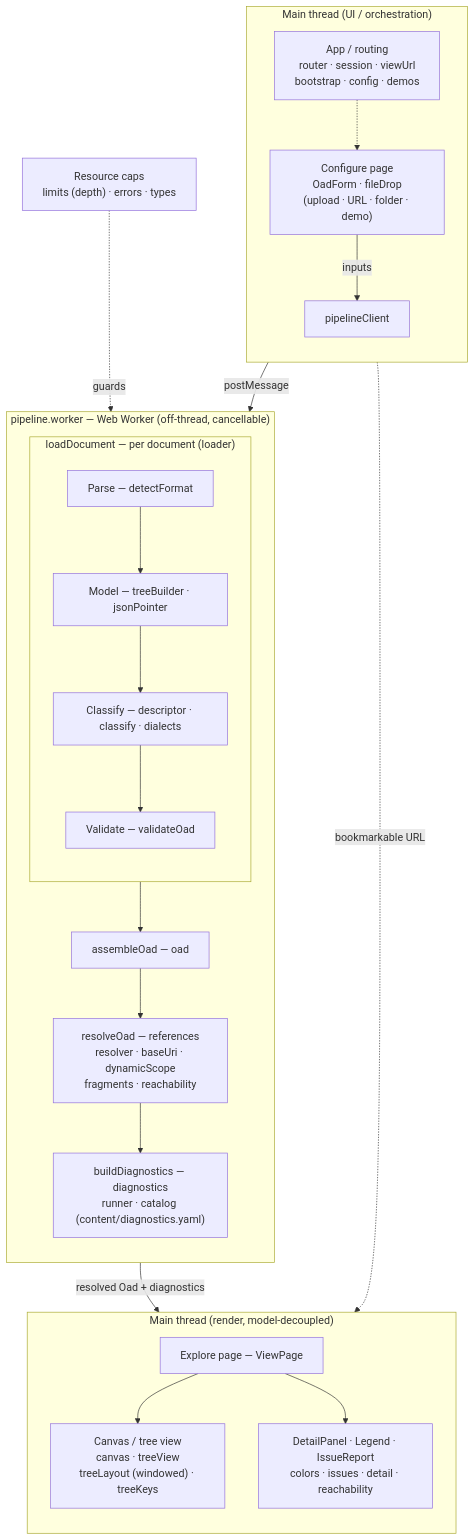
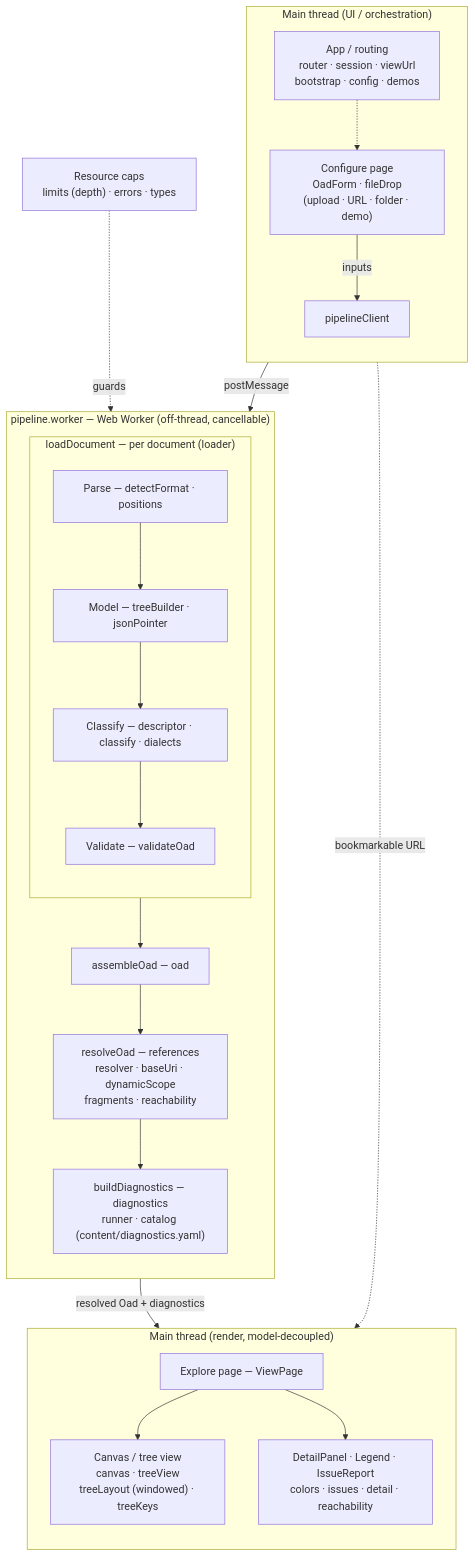
One commit to handrews/oas-tree-viewer changed the diagram in CONTRIBUTING.md. Above: the diagram before and after it, drawn with Mermaid.

Commit message:
docs: show the position pass in the architecture diagram
The source-position pass was described in prose and the module table but was
invisible in the Mermaid diagram. Surface it at the diagram's established
granularity — a phase node labeled with its modules — by folding it into the
Parse node (`Parse — detectFormat · positions`), matching how the module table
already files positions.ts under Parse. No new node or edge: positions is a
per-document side pass off the raw text, not a station on the load chain, so a
dedicated node would over-emphasize it relative to refs' five bundled modules
and fork the otherwise-linear parse → model → classify → validate flow.

````diff
--- a/CONTRIBUTING.md
+++ b/CONTRIBUTING.md
@@ -52,43 +52,43 @@
 ```mermaid
 flowchart TD
     subgraph mainIn["Main thread (UI / orchestration)"]
         direction TB
         cfg["Configure page<br/>OadForm · fileDrop<br/>(upload · URL · folder · demo)"]
         client["pipelineClient"]
         routing["App / routing<br/>router · session · viewUrl<br/>bootstrap · config · demos"]
     end
 
     subgraph wk["pipeline.worker — Web Worker (off-thread, cancellable)"]
         direction TB
         subgraph load["loadDocument — per document (loader)"]
             direction TB
-            parse["Parse — detectFormat"]
+            parse["Parse — detectFormat · positions"]
             model["Model — treeBuilder · jsonPointer"]
             classify["Classify — descriptor · classify · dialects"]
             validate["Validate — validateOad"]
             parse --> model --> classify --> validate
         end
         assemble["assembleOad — oad"]
         refs["resolveOad — references<br/>resolver · baseUri · dynamicScope<br/>fragments · reachability"]
         diag["buildDiagnostics — diagnostics<br/>runner · catalog (content/diagnostics.yaml)"]
         load --> assemble --> refs --> diag
     end
 
     subgraph mainOut["Main thread (render, model-decoupled)"]
         direction TB
         view["Explore page — ViewPage"]
         canvas["Canvas / tree view<br/>canvas · treeView<br/>treeLayout (windowed) · treeKeys"]
         panels["DetailPanel · Legend · IssueReport<br/>colors · issues · detail · reachability"]
         view --> canvas
         view --> panels
     end
 
     limits["Resource caps<br/>limits (depth) · errors · types"]
 
     cfg -->|inputs| client
     client -->|postMessage| load
     diag -->|resolved Oad + diagnostics| view
     routing -. bookmarkable URL .-> view
     routing -.-> cfg
     limits -. guards .-> load
 ```
````
